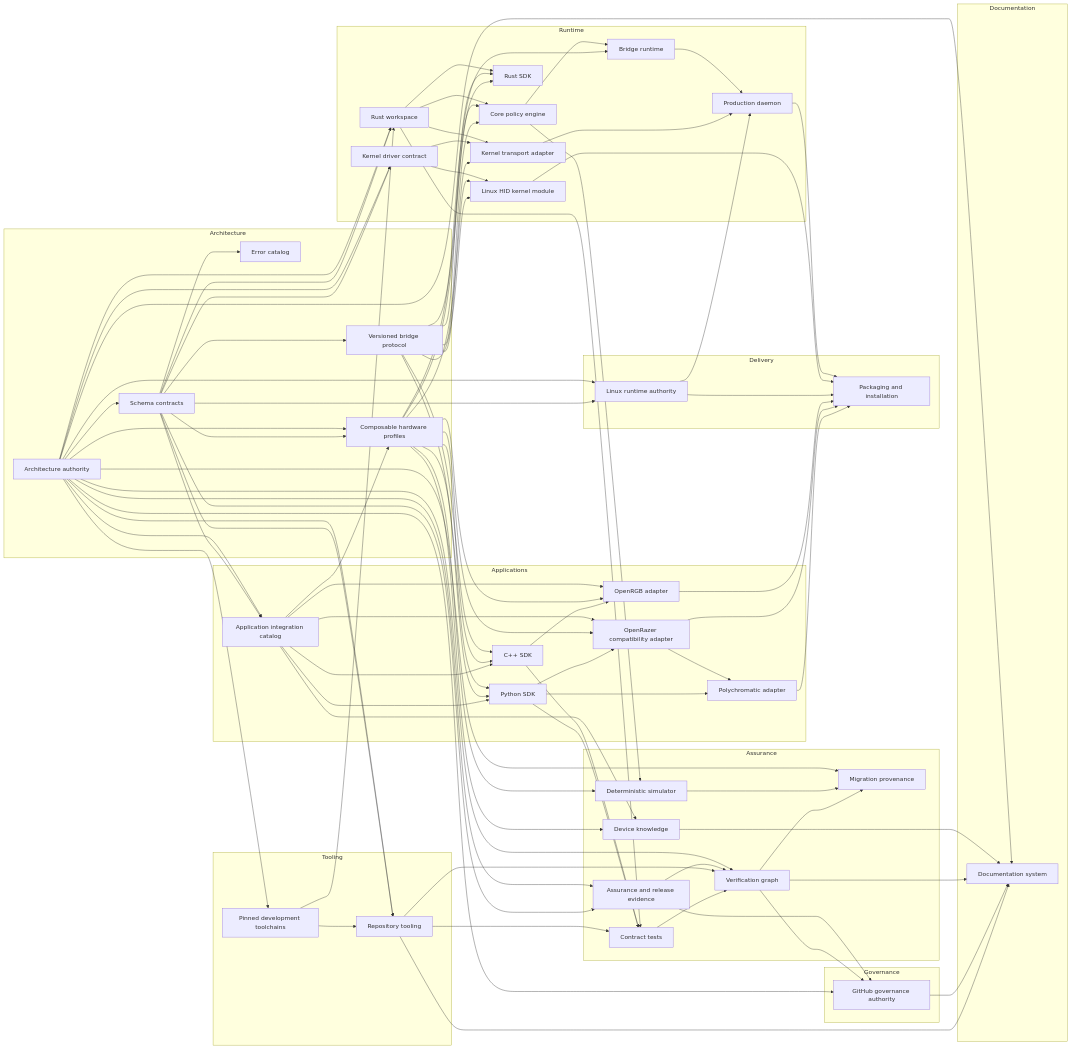
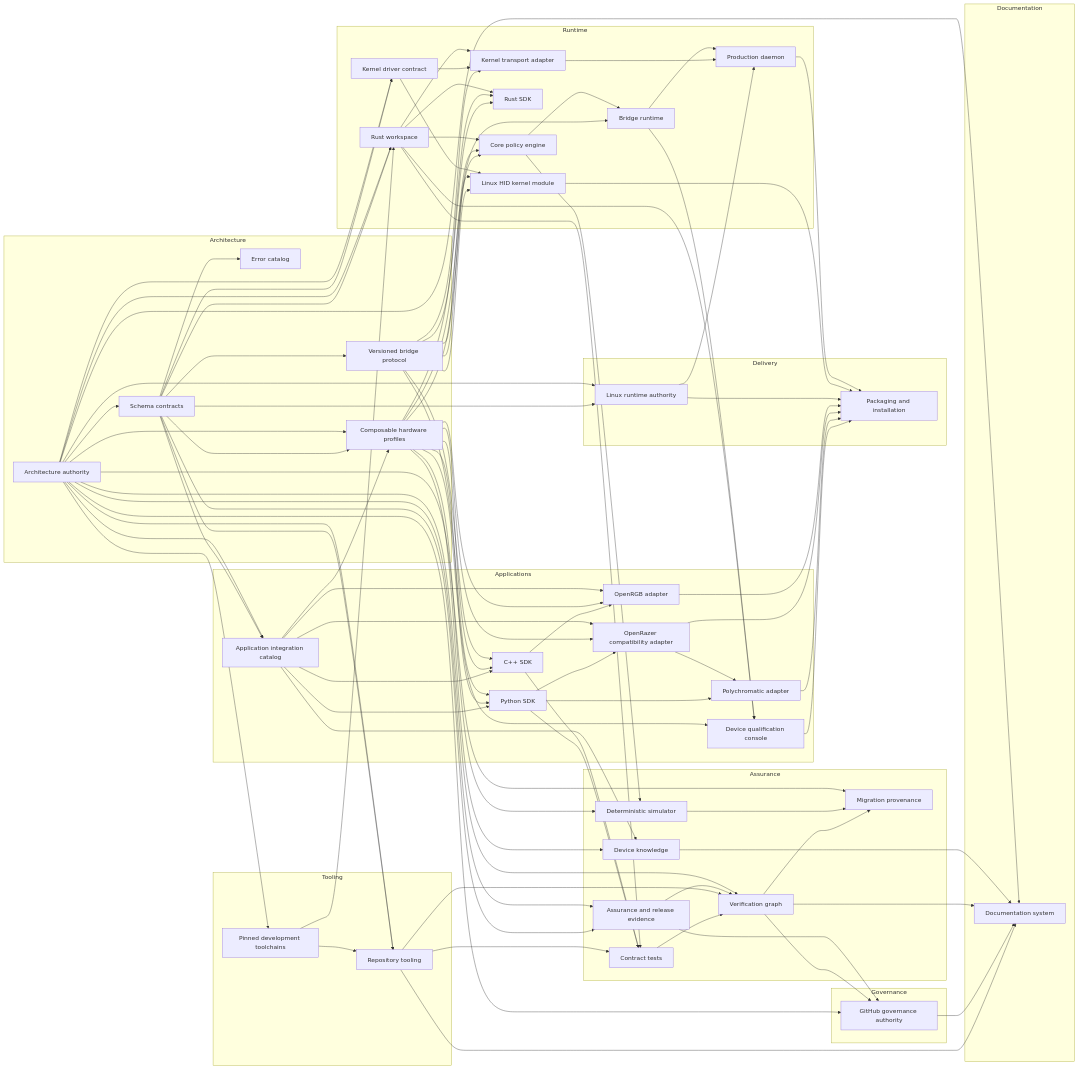
One commit to offalexjackson777-stack/hyperflux-next changed the diagram in docs/generated/repository-atlas.md. Above: the diagram before and after it, drawn with Mermaid. The commit also changed other lines of this file and 129 other files, not shown here.

```diff
--- a/docs/generated/repository-atlas.md
+++ b/docs/generated/repository-atlas.md
@@ -17,6 +17,7 @@
         n_openrgb_adapter["OpenRGB adapter"]
         n_openrazer_adapter["OpenRazer compatibility adapter"]
         n_polychromatic_adapter["Polychromatic adapter"]
+        n_device_qualification_console["Device qualification console"]
         n_sdk_cpp["C++ SDK"]
         n_sdk_python["Python SDK"]
     end
@@ -78,6 +79,9 @@
     n_sdk_python --> n_openrazer_adapter
     n_openrazer_adapter --> n_polychromatic_adapter
     n_sdk_python --> n_polychromatic_adapter
+    n_profiles --> n_device_qualification_console
+    n_bridge_runtime --> n_device_qualification_console
+    n_rust_workspace --> n_device_qualification_console
     n_architecture --> n_rust_workspace
     n_schemas --> n_rust_workspace
     n_toolchains --> n_rust_workspace
@@ -110,6 +114,7 @@
     n_openrgb_adapter --> n_packaging
     n_openrazer_adapter --> n_packaging
     n_polychromatic_adapter --> n_packaging
+    n_device_qualification_console --> n_packaging
     n_protocol --> n_sdk_cpp
     n_profiles --> n_sdk_cpp
     n_integrations --> n_sdk_cpp
```
